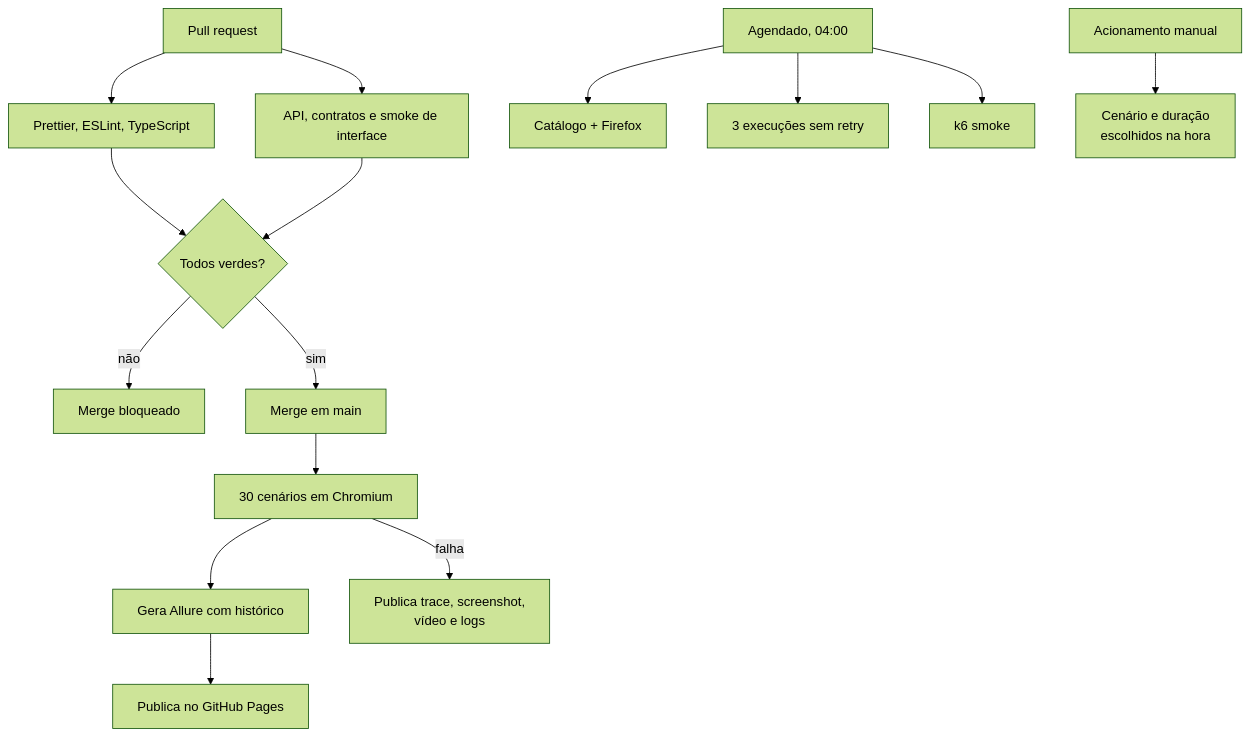
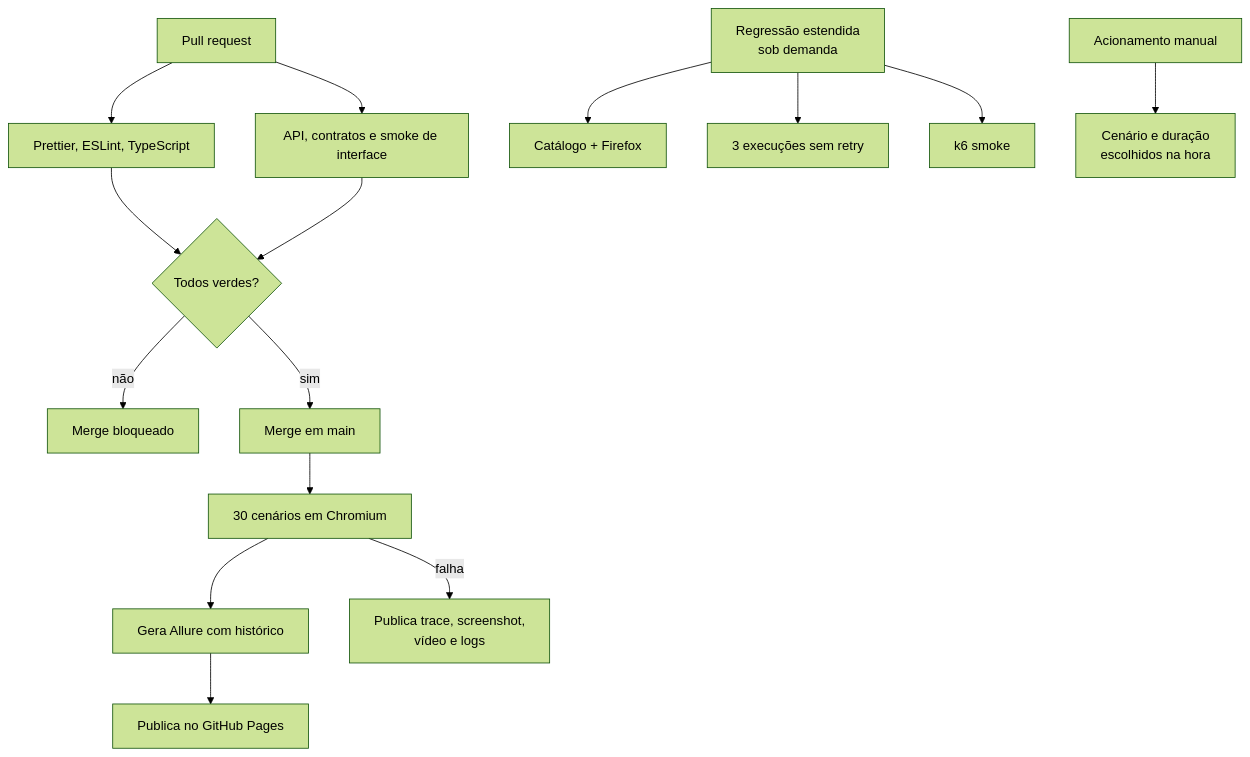
One commit to MarcosQuintino0/quality-engineering-platform-rbp changed the fourth of 4 diagrams in docs/architecture.md. Above: the diagram before and after it, drawn with Mermaid (forest theme). The commit also changed 8 other files, not shown here.

````diff
--- a/docs/architecture.md
+++ b/docs/architecture.md
@@ -109,20 +109,20 @@
 ```mermaid
 flowchart TD
     PR["Pull request"] --> Q["Prettier, ESLint, TypeScript"]
     PR --> R["API, contratos e smoke de interface"]
     Q --> Gate{"Todos verdes?"}
     R --> Gate
     Gate -->|não| Bloqueia["Merge bloqueado"]
     Gate -->|sim| Merge["Merge em main"]
 
     Merge --> Full["30 cenários em Chromium"]
     Full --> Allure["Gera Allure com histórico"]
     Allure --> Pages["Publica no GitHub Pages"]
     Full -->|falha| Eva["Publica trace, screenshot,<br/>vídeo e logs"]
 
-    Cron["Agendado, 04:00"] --> Reg["Catálogo + Firefox"]
-    Cron --> Flk["3 execuções sem retry"]
-    Cron --> K6["k6 smoke"]
+    Ext["Regressão estendida<br/>sob demanda"] --> Reg["Catálogo + Firefox"]
+    Ext --> Flk["3 execuções sem retry"]
+    Ext --> K6["k6 smoke"]
 
     Man["Acionamento manual"] --> Perf["Cenário e duração<br/>escolhidos na hora"]
 ```
````
